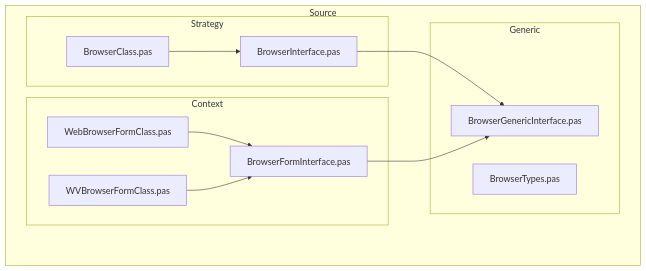
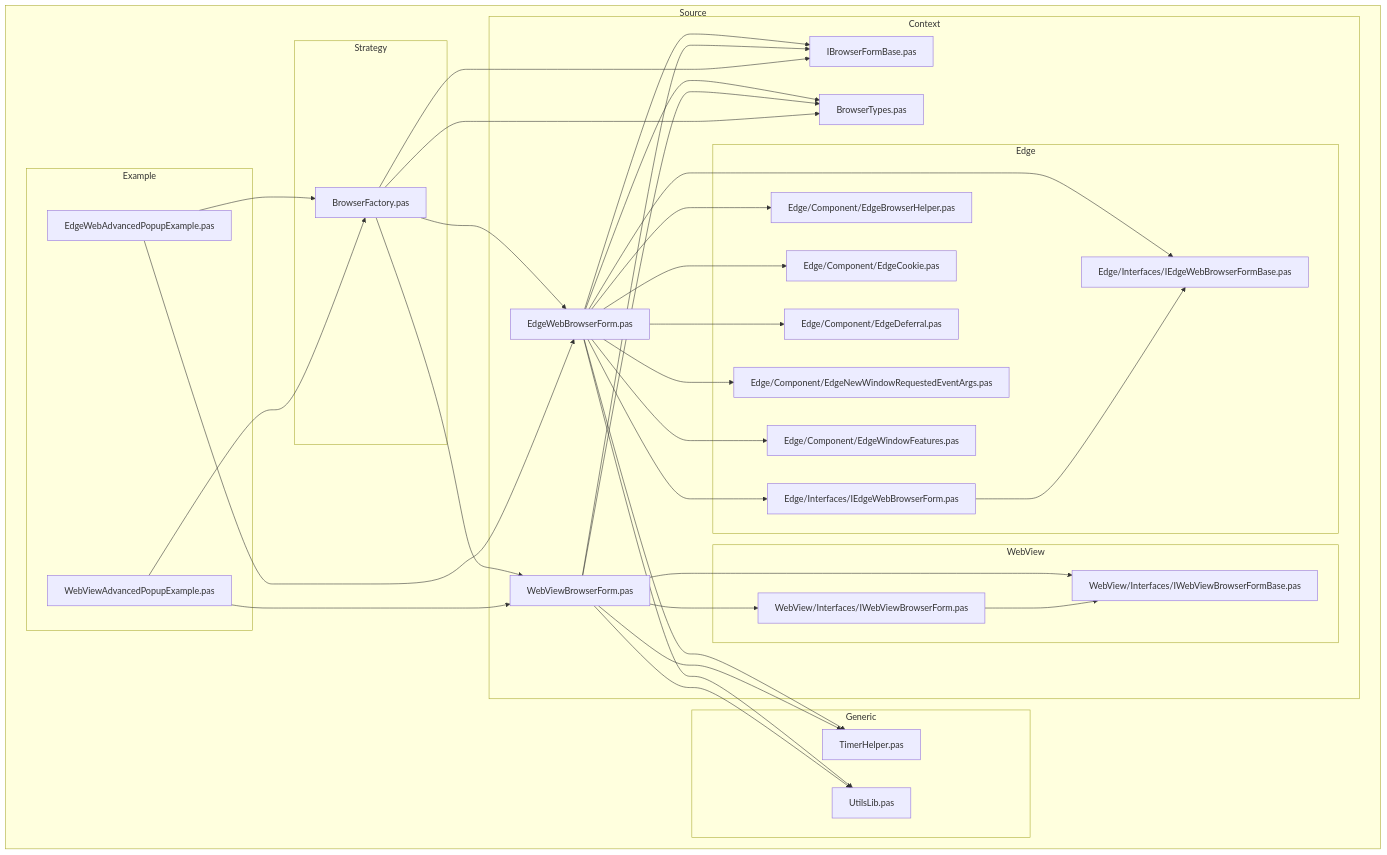
The diagram in mermaid-graph.mmd (nicksonjean/delphi-browser-form-runtime), drawn with Mermaid before and after one commit. The commit also changed 181 other files, not shown here.

Commit message:
feat: strategy and factory refactor

```diff
--- a/mermaid-graph.mmd
+++ b/mermaid-graph.mmd
@@ -1,26 +1,78 @@
 graph TD
 
   subgraph Source
     subgraph Context
-      A1[BrowserFormInterface.pas]
-      A2[WebBrowserFormClass.pas]
-      A3[WVBrowserFormClass.pas]
+      A1[IBrowserFormBase.pas]
+      A2[BrowserTypes.pas]
+      A3[EdgeWebBrowserForm.pas]
+      A4[WebViewBrowserForm.pas]
+      
+      subgraph Edge
+        A5[Edge/Interfaces/IEdgeWebBrowserForm.pas]
+        A6[Edge/Interfaces/IEdgeWebBrowserFormBase.pas]
+        A7[Edge/Component/EdgeBrowserHelper.pas]
+        A8[Edge/Component/EdgeCookie.pas]
+        A9[Edge/Component/EdgeDeferral.pas]
+        A10[Edge/Component/EdgeNewWindowRequestedEventArgs.pas]
+        A11[Edge/Component/EdgeWindowFeatures.pas]
+      end
+      
+      subgraph WebView
+        A12[WebView/Interfaces/IWebViewBrowserForm.pas]
+        A13[WebView/Interfaces/IWebViewBrowserFormBase.pas]
+      end
+    end
+
+    subgraph Strategy
+      B1[BrowserFactory.pas]
     end
 
     subgraph Generic
-      B1[BrowserGenericInterface.pas]
-      B2[BrowserTypes.pas]
+      C1[TimerHelper.pas]
+      C2[UtilsLib.pas]
     end
-
-    subgraph Strategy
-      C1[BrowserClass.pas]
-      C2[BrowserInterface.pas]
+    
+    subgraph Example
+      D1[EdgeWebAdvancedPopupExample.pas]
+      D2[WebViewAdvancedPopupExample.pas]
     end
   end
 
-  %% Relações entre as unidades (exemplo genérico)
-  C2 --> B1
-  C1 --> C2
-  A1 --> B1
-  A2 --> A1
+  %% Relações entre as unidades
   A3 --> A1
+  A4 --> A1
+  A3 --> A2
+  A4 --> A2
+  
+  %% Edge relationships
+  A3 --> A5
+  A3 --> A6
+  A3 --> A7
+  A3 --> A8
+  A3 --> A9
+  A3 --> A10
+  A3 --> A11
+  A5 --> A6
+  
+  %% WebView relationships
+  A4 --> A12
+  A4 --> A13
+  A12 --> A13
+  
+  %% Strategy relationships
+  B1 --> A1
+  B1 --> A2
+  B1 --> A3
+  B1 --> A4
+  
+  %% Generic relationships
+  A3 --> C1
+  A4 --> C1
+  A3 --> C2
+  A4 --> C2
+  
+  %% Example relationships
+  D1 --> A3
+  D2 --> A4
+  D1 --> B1
+  D2 --> B1
```
